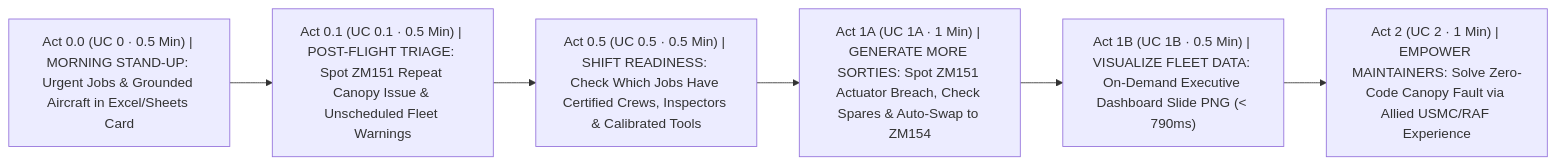
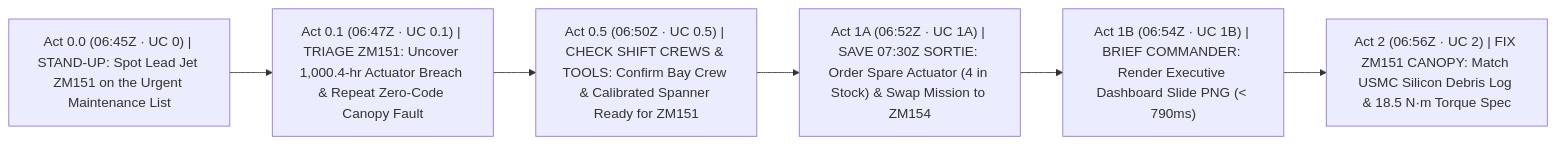
The first of 4 diagrams in DEMO_STORYBOARD.md (edwardsda-prog/f35), drawn with Mermaid before and after one commit. The commit also changed other lines of this file and 17 other files, not shown here.

Commit message:
fix: update carrier strike group pitch, add HMS Prince of Wales data, and streamline UC1 chart prompt (ISS-012)

````diff
--- a/DEMO_STORYBOARD.md
+++ b/DEMO_STORYBOARD.md
@@ -29,8 +29,8 @@
 ```mermaid
 flowchart LR
-    A0["Act 0.0 (UC 0 · 0.5 Min) | MORNING STAND-UP: Urgent Jobs & Grounded Aircraft in Excel/Sheets Card"] --> A01["Act 0.1 (UC 0.1 · 0.5 Min) | POST-FLIGHT TRIAGE: Spot ZM151 Repeat Canopy Issue & Unscheduled Fleet Warnings"]
-    A01 --> A05["Act 0.5 (UC 0.5 · 0.5 Min) | SHIFT READINESS: Check Which Jobs Have Certified Crews, Inspectors & Calibrated Tools"]
-    A05 --> A1A["Act 1A (UC 1A · 1 Min) | GENERATE MORE SORTIES: Spot ZM151 Actuator Breach, Check Spares & Auto-Swap to ZM154"]
-    A1A --> A1B["Act 1B (UC 1B · 0.5 Min) | VISUALIZE FLEET DATA: On-Demand Executive Dashboard Slide PNG (< 790ms)"]
-    A1B --> A2["Act 2 (UC 2 · 1 Min) | EMPOWER MAINTAINERS: Solve Zero-Code Canopy Fault via Allied USMC/RAF Experience"]
+    A0["Act 0.0 (06:45Z · UC 0) | STAND-UP: Spot Lead Jet ZM151 on the Urgent Maintenance List"] --> A01["Act 0.1 (06:47Z · UC 0.1) | TRIAGE ZM151: Uncover 1,000.4-hr Actuator Breach & Repeat Zero-Code Canopy Fault"]
+    A01 --> A05["Act 0.5 (06:50Z · UC 0.5) | CHECK SHIFT CREWS & TOOLS: Confirm Bay Crew & Calibrated Spanner Ready for ZM151"]
+    A05 --> A1A["Act 1A (06:52Z · UC 1A) | SAVE 07:30Z SORTIE: Order Spare Actuator (4 in Stock) & Swap Mission to ZM154"]
+    A1A --> A1B["Act 1B (06:54Z · UC 1B) | BRIEF COMMANDER: Render Executive Dashboard Slide PNG (< 790ms)"]
+    A1B --> A2["Act 2 (06:56Z · UC 2) | FIX ZM151 CANOPY: Match USMC Silicon Debris Log & 18.5 N·m Torque Spec"]
 ```
````
